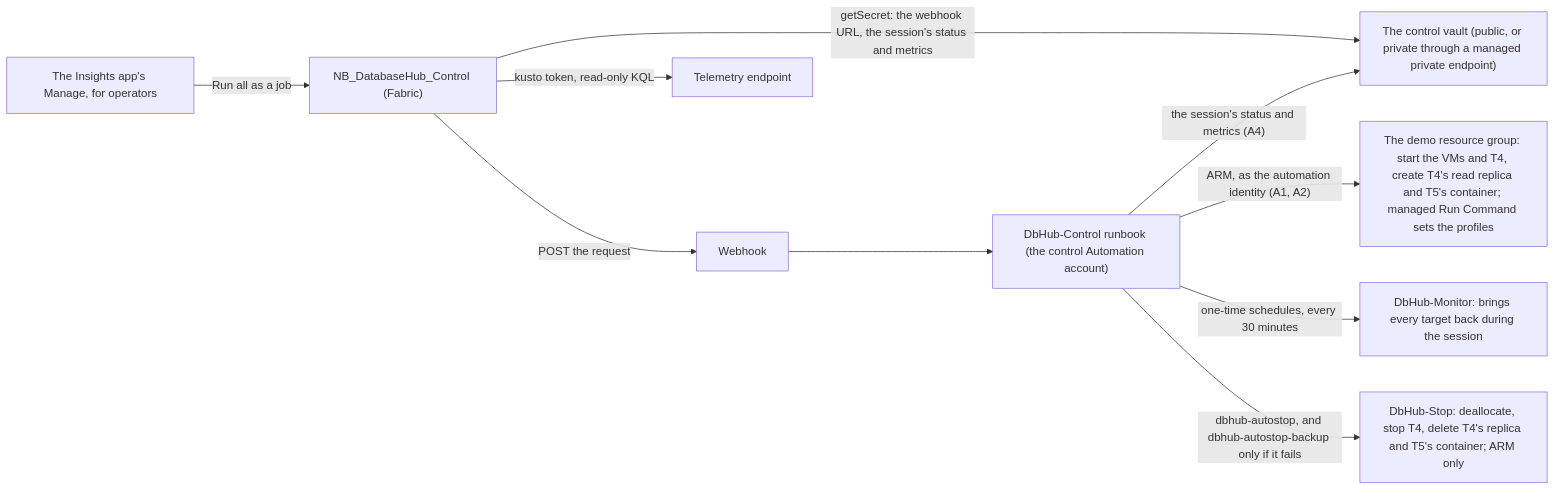
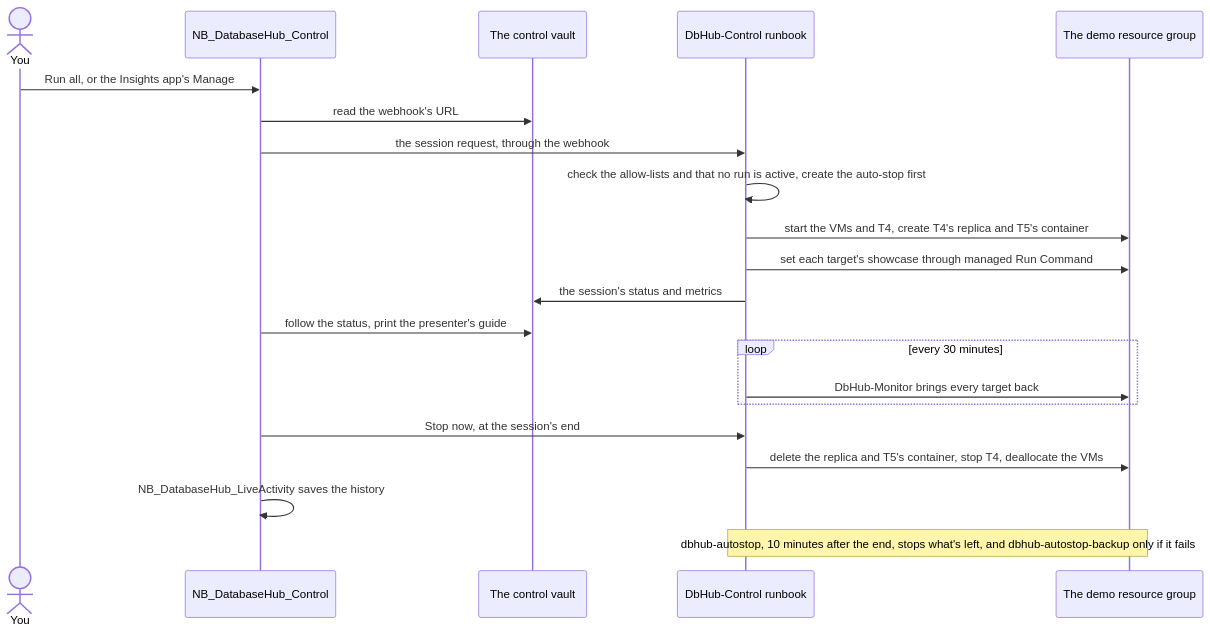
Before and after one commit to MarcBushong/fabric-database-hub-demo: the fourth of 4 diagrams in docs/architecture.md, drawn with Mermaid. The commit also changed other lines of this file and 22 other files, not shown here.

````diff
--- a/docs/architecture.md
+++ b/docs/architecture.md
@@ -411,12 +239,23 @@
 ```mermaid
-flowchart LR
-  APP["The Insights app's Manage, for operators"] -->|"Run all as a job"| NB
-  NB["NB_DatabaseHub_Control (Fabric)"] -->|"getSecret: the webhook URL, the session's status and metrics"| KV["The control vault (public, or private through a managed private endpoint)"]
-  NB -->|"POST the request"| WH["Webhook"]
-  WH --> RB["DbHub-Control runbook (the control Automation account)"]
-  RB -->|"ARM, as the automation identity (A1, A2)"| DEMO["The demo resource group: start the VMs and T4, create T4's read replica and T5's container; managed Run Command sets the profiles"]
-  RB -->|"the session's status and metrics (A4)"| KV
-  RB -->|"one-time schedules, every 30 minutes"| MON["DbHub-Monitor: brings every target back during the session"]
-  RB -->|"dbhub-autostop, and dbhub-autostop-backup only if it fails"| STOP["DbHub-Stop: deallocate, stop T4, delete T4's replica and T5's container; ARM only"]
-  NB -->|"kusto token, read-only KQL"| TEL["Telemetry endpoint"]
+sequenceDiagram
+  actor You
+  participant NB as NB_DatabaseHub_Control
+  participant KV as The control vault
+  participant RB as DbHub-Control runbook
+  participant RG as The demo resource group
+  You->>NB: Run all, or the Insights app's Manage
+  NB->>KV: read the webhook's URL
+  NB->>RB: the session request, through the webhook
+  RB->>RB: check the allow-lists and that no run is active, create the auto-stop first
+  RB->>RG: start the VMs and T4, create T4's replica and T5's container
+  RB->>RG: set each target's showcase through managed Run Command
+  RB->>KV: the session's status and metrics
+  NB->>KV: follow the status, print the presenter's guide
+  loop every 30 minutes
+    RB->>RG: DbHub-Monitor brings every target back
+  end
+  NB->>RB: Stop now, at the session's end
+  RB->>RG: delete the replica and T5's container, stop T4, deallocate the VMs
+  NB->>NB: NB_DatabaseHub_LiveActivity saves the history
+  Note over RB,RG: dbhub-autostop, 10 minutes after the end, stops what's left, and dbhub-autostop-backup only if it fails
 ```
````
